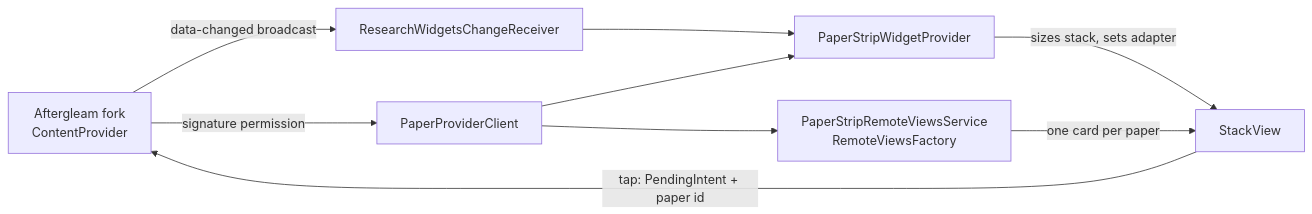
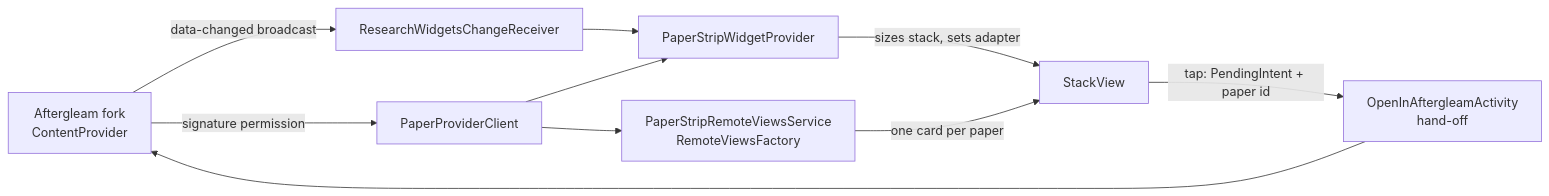
One commit to Placeholder2312/Research-Widgets changed the diagram in README.md. Above: the diagram before and after it, drawn with Mermaid. The commit also changed other lines of this file and 18 other files, not shown here.

````diff
--- a/README.md
+++ b/README.md
@@ -40,11 +40,12 @@
 ```mermaid
 flowchart LR
     A[Aftergleam fork<br/>ContentProvider] -- signature permission --> C[PaperProviderClient]
     A -- data-changed broadcast --> R[ResearchWidgetsChangeReceiver]
     R --> P[PaperStripWidgetProvider]
     C --> P
     P -- sizes stack, sets adapter --> S[StackView]
     C --> F[PaperStripRemoteViewsService<br/>RemoteViewsFactory]
     F -- one card per paper --> S
-    S -- tap: PendingIntent + paper id --> A
+    S -- tap: PendingIntent + paper id --> O[OpenInAftergleamActivity<br/>hand-off]
+    O --> A
 ```
````
